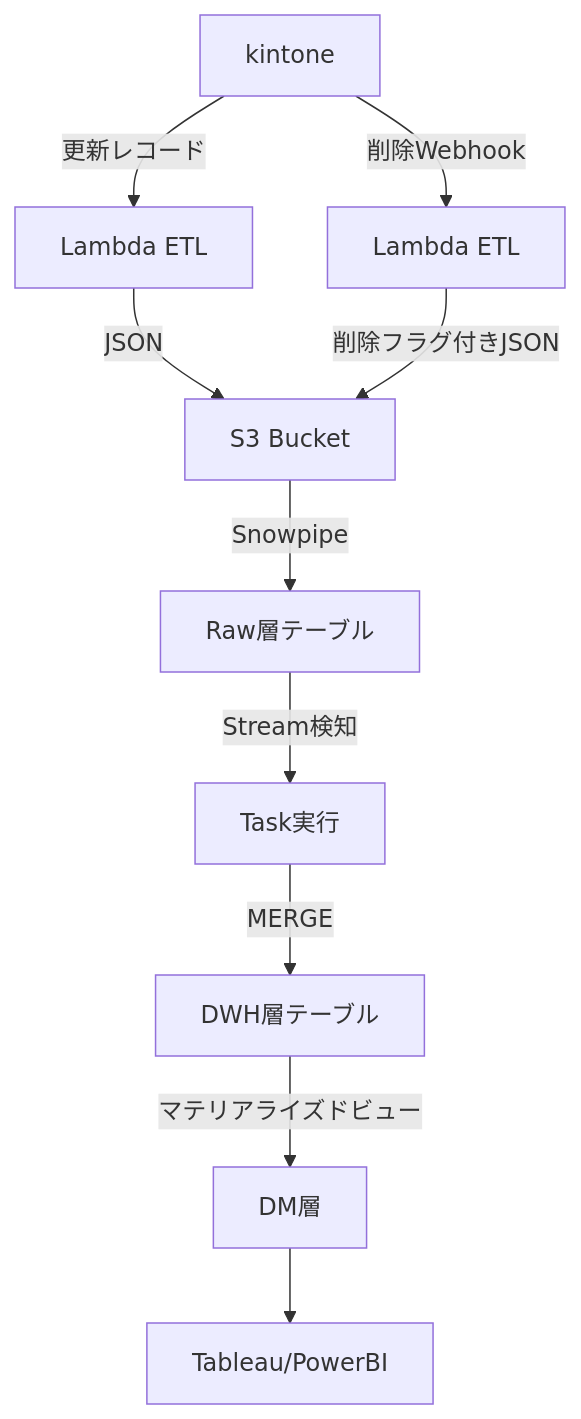
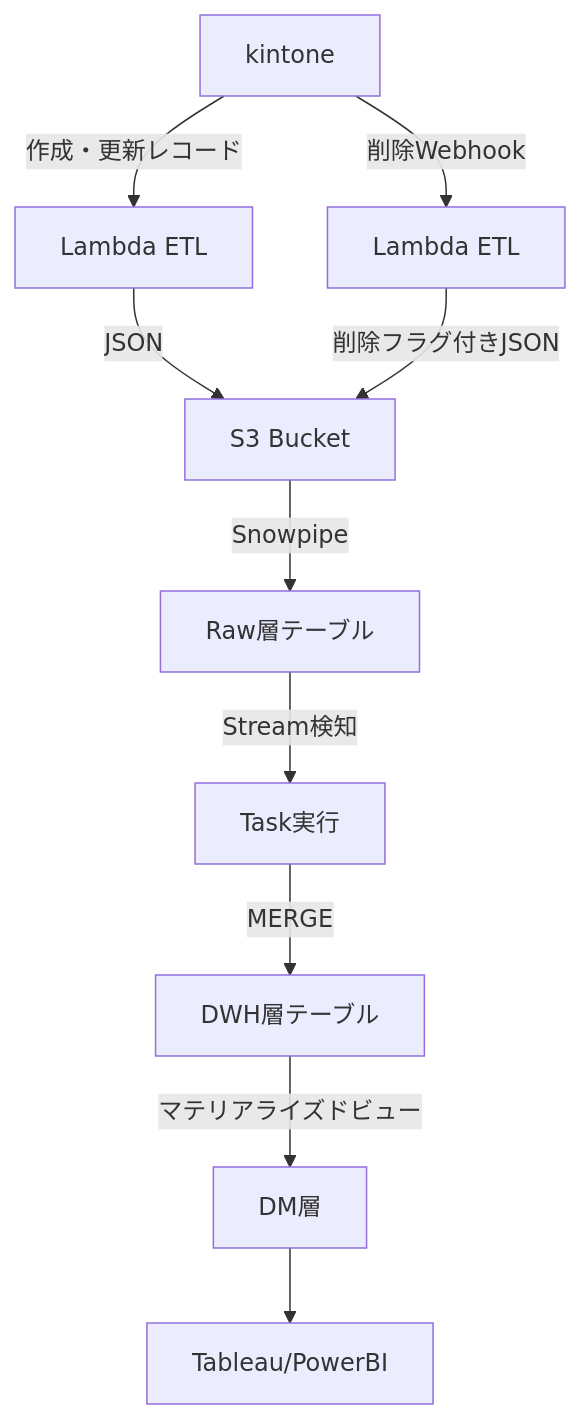
Before and after one commit to konan0802/zenn-docs: the diagram in articles/kintone_data_platform_with_snowflake.md, drawn with Mermaid. The commit also changed other lines of this file, not shown here.

````diff
--- a/articles/kintone_data_platform_with_snowflake.md
+++ b/articles/kintone_data_platform_with_snowflake.md
@@ -49,12 +43,12 @@
 ```mermaid
 graph TD
-    A[kintone] -->|更新レコード| B[Lambda ETL]
+    A[kintone] -->|作成・更新レコード| B[Lambda ETL]
     A -->|削除Webhook| C[Lambda ETL]
     B -->|JSON| D[S3 Bucket]
     C -->|削除フラグ付きJSON| D
     D -->|Snowpipe| E[Raw層テーブル]
     E -->|Stream検知| F[Task実行]
     F -->|MERGE| G[DWH層テーブル]
     G -->|マテリアライズドビュー| H[DM層]
     H --> I[Tableau/PowerBI]
 ```
````
